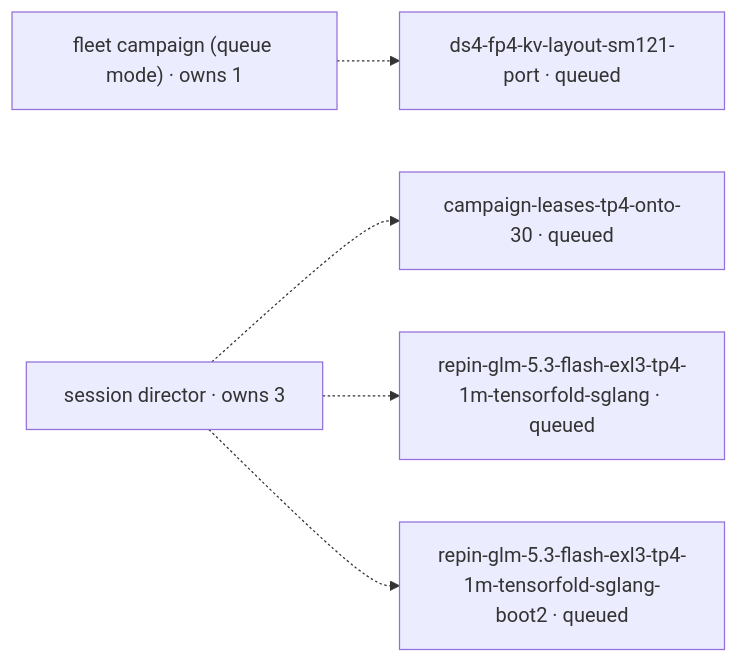
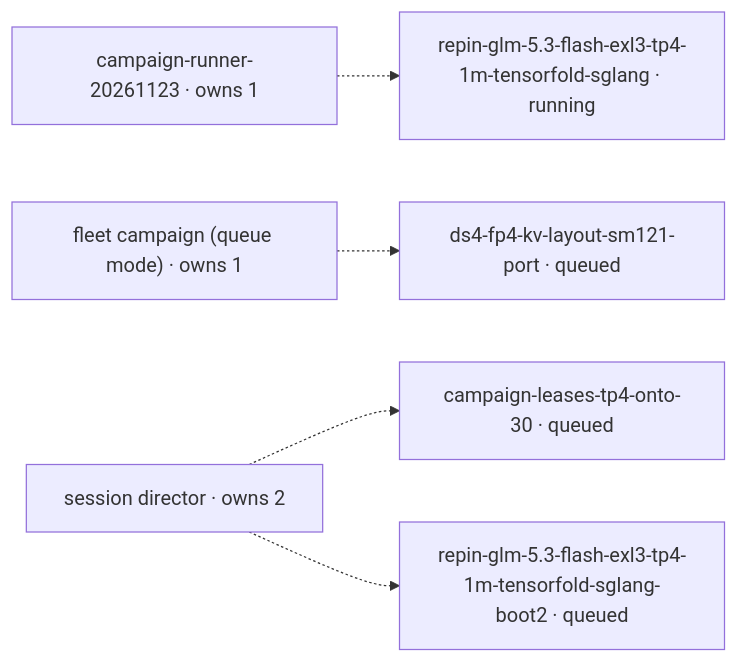
The diagram in mad-science/STATUS.md (littlecedar/sparkrun-recipe-registry), drawn with Mermaid before and after one commit. The commit also changed other lines of this file, not shown here.

````diff
--- a/mad-science/STATUS.md
+++ b/mad-science/STATUS.md
@@ -22,15 +22,16 @@
 ```mermaid
 flowchart LR
-  %% 0 blocked, 0 blocker edge(s), 4 drained by fleet campaign (queue mode) (1), session director (3)
-  r1["fleet campaign (queue mode) · owns 1"]
-  r2["session director · owns 3"]
+  %% 0 blocked, 0 blocker edge(s), 4 drained by campaign-runner-20261123 (1), fleet campaign (queue mode) (1), session director (2)
+  r1["campaign-runner-20261123 · owns 1"]
+  r2["fleet campaign (queue mode) · owns 1"]
+  r3["session director · owns 2"]
   t1["campaign-leases-tp4-onto-30 · queued"]
   t2["ds4-fp4-kv-layout-sm121-port · queued"]
-  t3["repin-glm-5.3-flash-exl3-tp4-1m-tensorfold-sglang · queued"]
+  t3["repin-glm-5.3-flash-exl3-tp4-1m-tensorfold-sglang · running"]
   t4["repin-glm-5.3-flash-exl3-tp4-1m-tensorfold-sglang-boot2 · queued"]
-  r1 -.-> t2
-  r2 -.-> t1
-  r2 -.-> t3
-  r2 -.-> t4
+  r1 -.-> t3
+  r2 -.-> t2
+  r3 -.-> t1
+  r3 -.-> t4
   classDef no-recorded-edge stroke-dasharray: 4 3
 ```
````
